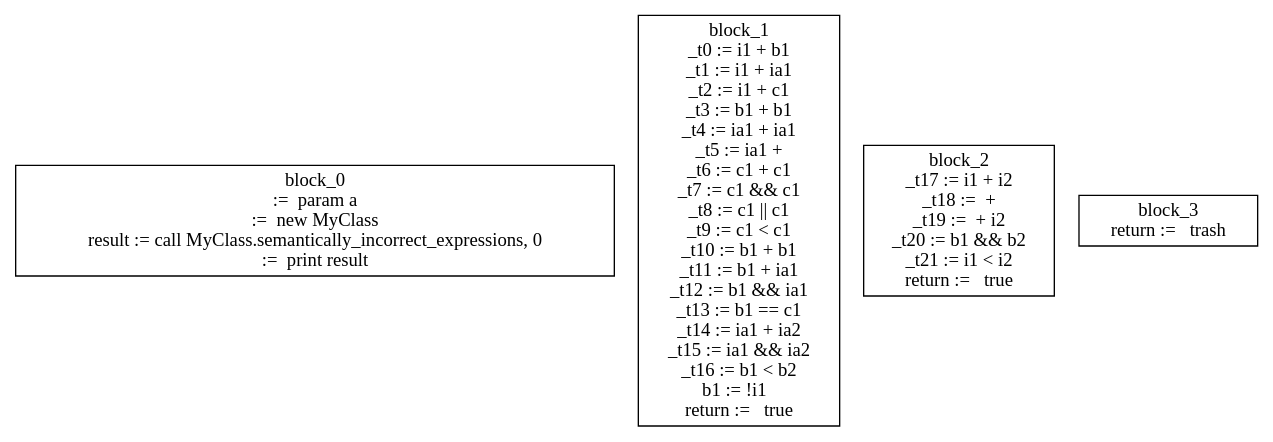
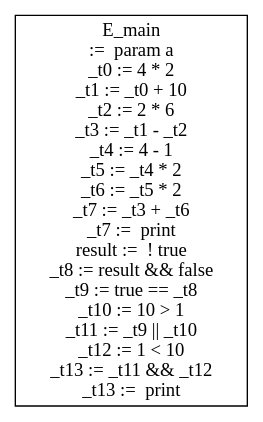
Before and after one commit to alhu22/DV1655-Assignment1: the diagram in cfg.dot, drawn with Graphviz. The commit also changed 20 other files, not shown here.

```diff
--- a/cfg.dot
+++ b/cfg.dot
@@ -1,8 +1,5 @@
 digraph {
 graph [splines=ortho]
 node [shape=box]
-    block_0 [label="block_0\n :=  param a\n :=  new MyClass\nresult := call MyClass.semantically_incorrect_expressions, 0\n :=  print result\n"];
-    block_1 [label="block_1\n_t0 := i1 + b1\n_t1 := i1 + ia1\n_t2 := i1 + c1\n_t3 := b1 + b1\n_t4 := ia1 + ia1\n_t5 := ia1 + \n_t6 := c1 + c1\n_t7 := c1 && c1\n_t8 := c1 || c1\n_t9 := c1 < c1\n_t10 := b1 + b1\n_t11 := b1 + ia1\n_t12 := b1 && ia1\n_t13 := b1 == c1\n_t14 := ia1 + ia2\n_t15 := ia1 && ia2\n_t16 := b1 < b2\nb1 := !i1  \nreturn :=   true\n"];
-    block_2 [label="block_2\n_t17 := i1 + i2\n_t18 :=  + \n_t19 :=  + i2\n_t20 := b1 && b2\n_t21 := i1 < i2\nreturn :=   true\n"];
-    block_3 [label="block_3\nreturn :=   trash\n"];
+    E_main [label="E_main\n :=  param a\n_t0 := 4 * 2\n_t1 := _t0 + 10\n_t2 := 2 * 6\n_t3 := _t1 - _t2\n_t4 := 4 - 1\n_t5 := _t4 * 2\n_t6 := _t5 * 2\n_t7 := _t3 + _t6\n_t7 :=  print \nresult :=  ! true\n_t8 := result && false\n_t9 := true == _t8\n_t10 := 10 > 1\n_t11 := _t9 || _t10\n_t12 := 1 < 10\n_t13 := _t11 && _t12\n_t13 :=  print \n"];
 }
```
